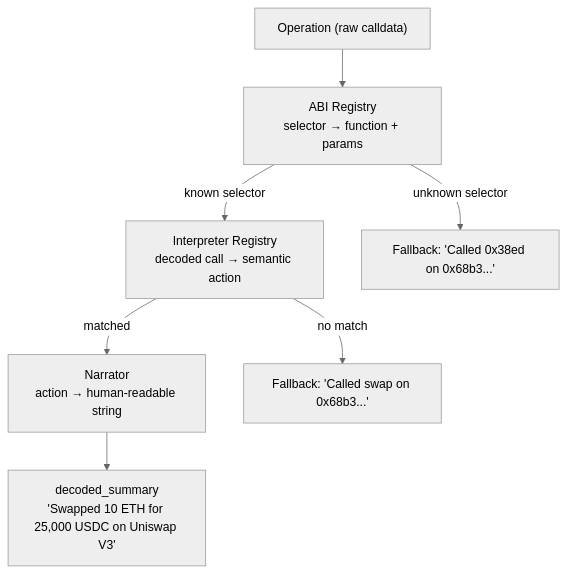
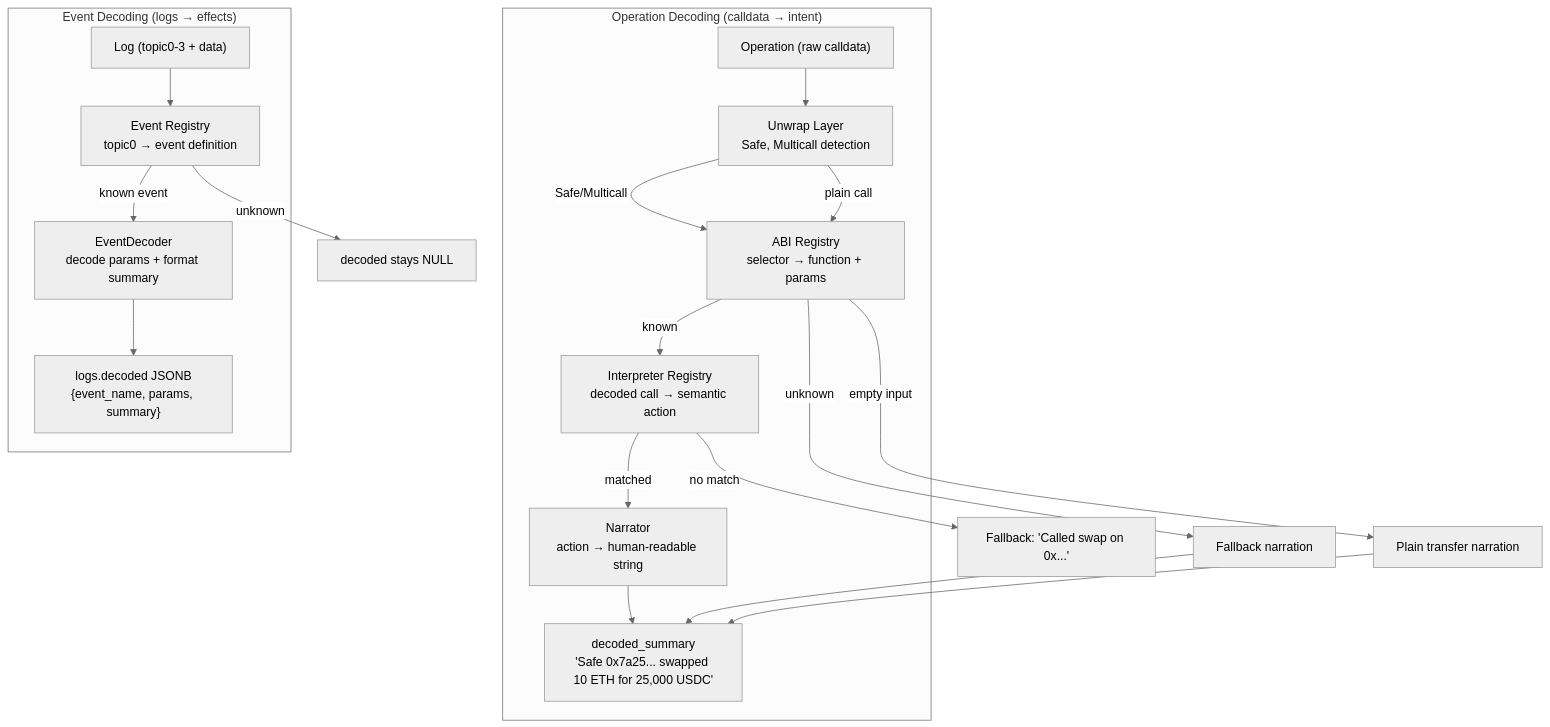
Before and after one commit to ManuelBilbao/rexplorer: the first of 2 diagrams in docs/decoder-pipeline.md, drawn with Mermaid (neutral theme). The commit also changed other lines of this file and 5 other files, not shown here.

````diff
--- a/docs/decoder-pipeline.md
+++ b/docs/decoder-pipeline.md
@@ -9,15 +9,35 @@
 ```mermaid
 graph TD
-    Input["Operation (raw calldata)"]
-    ABI["ABI Registry<br/>selector → function + params"]
-    Interp["Interpreter Registry<br/>decoded call → semantic action"]
-    Narr["Narrator<br/>action → human-readable string"]
-    Output["decoded_summary<br/>'Swapped 10 ETH for 25,000 USDC on Uniswap V3'"]
+    subgraph "Operation Decoding (calldata → intent)"
+        Op["Operation (raw calldata)"]
+        Unwrap["Unwrap Layer<br/>Safe, Multicall detection"]
+        ABI["ABI Registry<br/>selector → function + params"]
+        Interp["Interpreter Registry<br/>decoded call → semantic action"]
+        Narr["Narrator<br/>action → human-readable string"]
+        OpOut["decoded_summary<br/>'Safe 0x7a25... swapped 10 ETH for 25,000 USDC'"]
+    end
 
-    Input --> ABI
-    ABI -->|"known selector"| Interp
-    ABI -->|"unknown selector"| Fallback["Fallback: 'Called 0x38ed on 0x68b3...'"]
+    subgraph "Event Decoding (logs → effects)"
+        Log["Log (topic0-3 + data)"]
+        EvReg["Event Registry<br/>topic0 → event definition"]
+        EvDec["EventDecoder<br/>decode params + format summary"]
+        LogOut["logs.decoded JSONB<br/>{event_name, params, summary}"]
+    end
+
+    Op --> Unwrap
+    Unwrap -->|"Safe/Multicall"| ABI
+    Unwrap -->|"plain call"| ABI
+    ABI -->|"known"| Interp
+    ABI -->|"unknown"| Fallback["Fallback narration"]
+    ABI -->|"empty input"| Transfer["Plain transfer narration"]
     Interp -->|"matched"| Narr
-    Interp -->|"no match"| Fallback2["Fallback: 'Called swap on 0x68b3...'"]
-    Narr --> Output
+    Interp -->|"no match"| Fallback2["Fallback: 'Called swap on 0x...'"]
+    Narr --> OpOut
+    Fallback --> OpOut
+    Transfer --> OpOut
+
+    Log --> EvReg
+    EvReg -->|"known event"| EvDec
+    EvReg -->|"unknown"| Null["decoded stays NULL"]
+    EvDec --> LogOut
 ```
````
